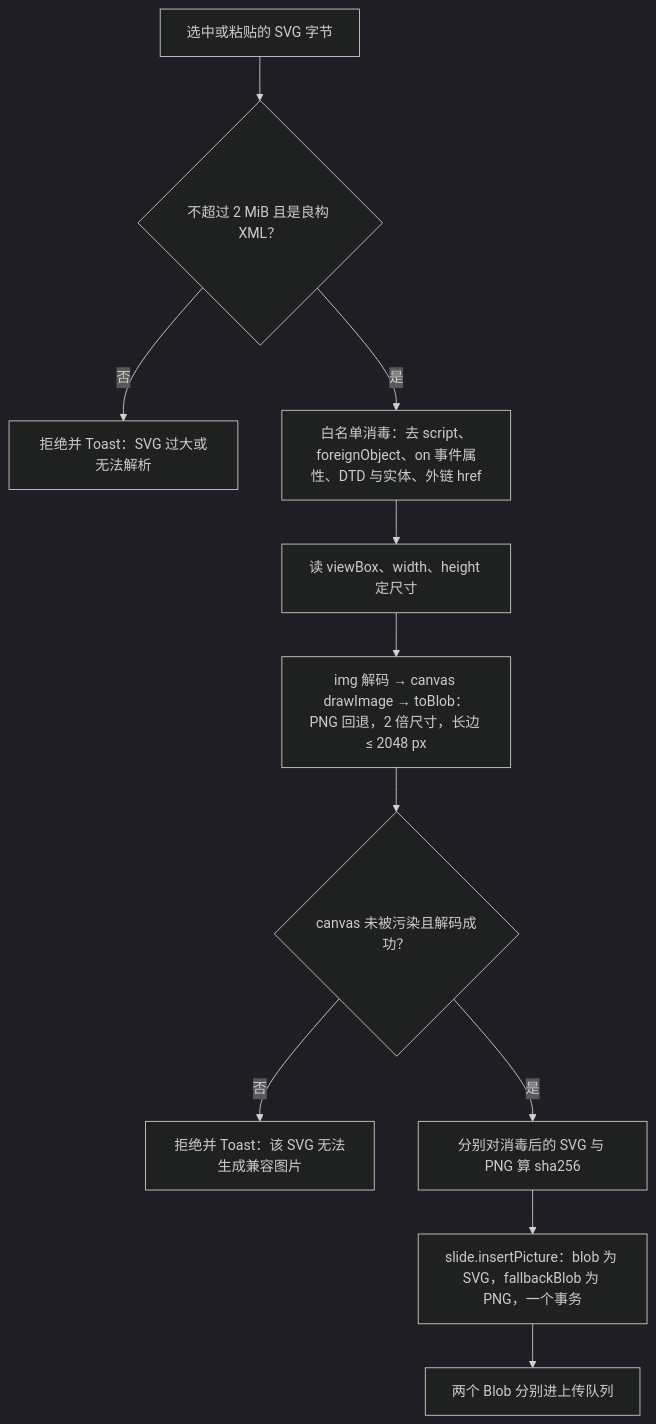
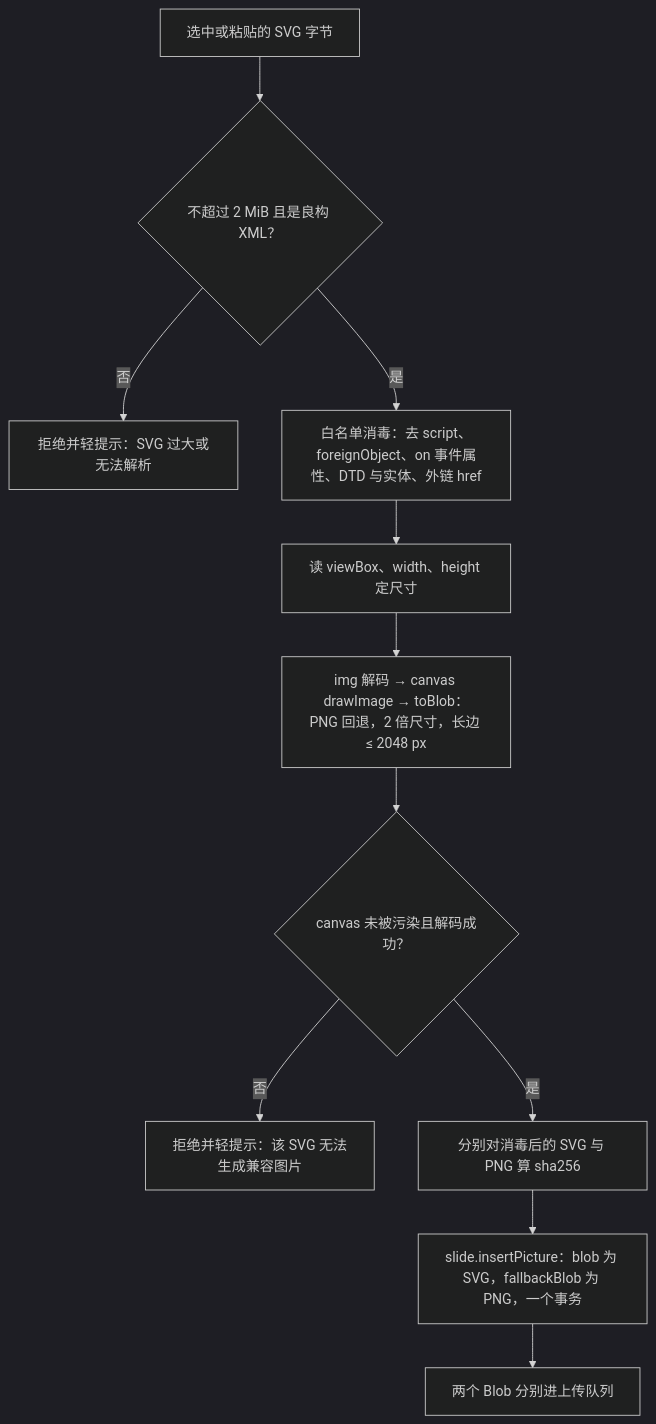
Before and after one commit to Xeonice/cordis-ppt-editor: the seventh of 12 diagrams in docs/50-frontend/23-elements-media.md, drawn with Mermaid (dark theme). The commit also changed other lines of this file and 25 other files, not shown here.

````diff
--- a/docs/50-frontend/23-elements-media.md
+++ b/docs/50-frontend/23-elements-media.md
@@ -327,13 +328,13 @@
 ```mermaid
 flowchart TB
   file["选中或粘贴的 SVG 字节"] --> size{"不超过 2 MiB 且是良构 XML？"}
-  size -- "否" --> rej["拒绝并 Toast：SVG 过大或无法解析"]
+  size -- "否" --> rej["拒绝并轻提示：SVG 过大或无法解析"]
   size -- "是" --> san["白名单消毒：去 script、foreignObject、on 事件属性、DTD 与实体、外链 href"]
   san --> dim["读 viewBox、width、height 定尺寸"]
   dim --> ras["img 解码 → canvas drawImage → toBlob：PNG 回退，2 倍尺寸，长边 ≤ 2048 px"]
   ras --> ok{"canvas 未被污染且解码成功？"}
-  ok -- "否" --> rej2["拒绝并 Toast：该 SVG 无法生成兼容图片"]
+  ok -- "否" --> rej2["拒绝并轻提示：该 SVG 无法生成兼容图片"]
   ok -- "是" --> hash["分别对消毒后的 SVG 与 PNG 算 sha256"]
   hash --> cmd["slide.insertPicture：blob 为 SVG，fallbackBlob 为 PNG，一个事务"]
   cmd --> up["两个 Blob 分别进上传队列"]
 ```
````
